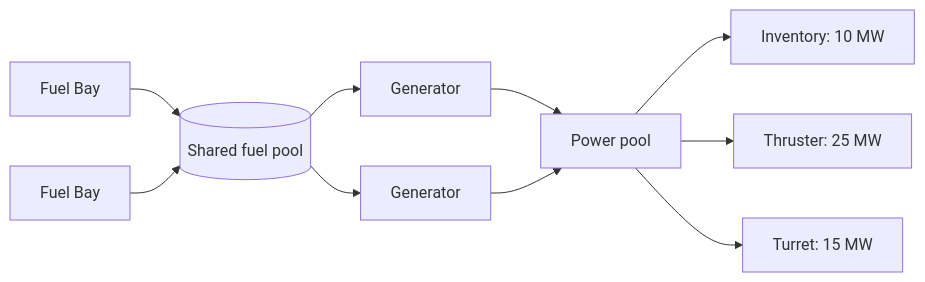
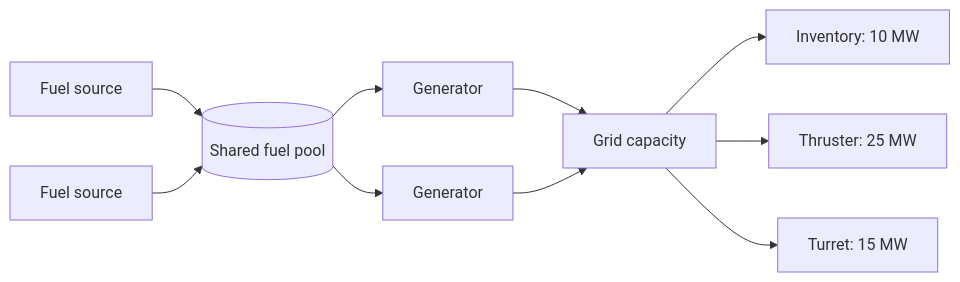
The first of 2 diagrams in docs/adr/0005-onchain-power-network.md (evefrontier/world-contracts), drawn with Mermaid before and after one commit. The commit also changed other lines of this file, not shown here.

Commit message:
docs(power): adr changes based on the changes

````diff
--- a/docs/adr/0005-onchain-power-network.md
+++ b/docs/adr/0005-onchain-power-network.md
@@ -37,12 +40,12 @@
 ```mermaid
 flowchart LR
-    FB1[Fuel Bay] --> Pool[(Shared fuel pool)]
-    FB2[Fuel Bay] --> Pool
+    FS1[Fuel source] --> Pool[(Shared fuel pool)]
+    FS2[Fuel source] --> Pool
     Pool --> Gen1[Generator]
     Pool --> Gen2[Generator]
-    Gen1 --> Ceiling[Power pool]
-    Gen2 --> Ceiling
-    Ceiling --> Inventory[Inventory: 10 MW]
-    Ceiling --> Thruster[Thruster: 25 MW]
-    Ceiling --> Turret[Turret: 15 MW]
+    Gen1 --> Capacity[Grid capacity]
+    Gen2 --> Capacity
+    Capacity --> Inventory[Inventory: 10 MW]
+    Capacity --> Thruster[Thruster: 25 MW]
+    Capacity --> Turret[Turret: 15 MW]
 ```
````
